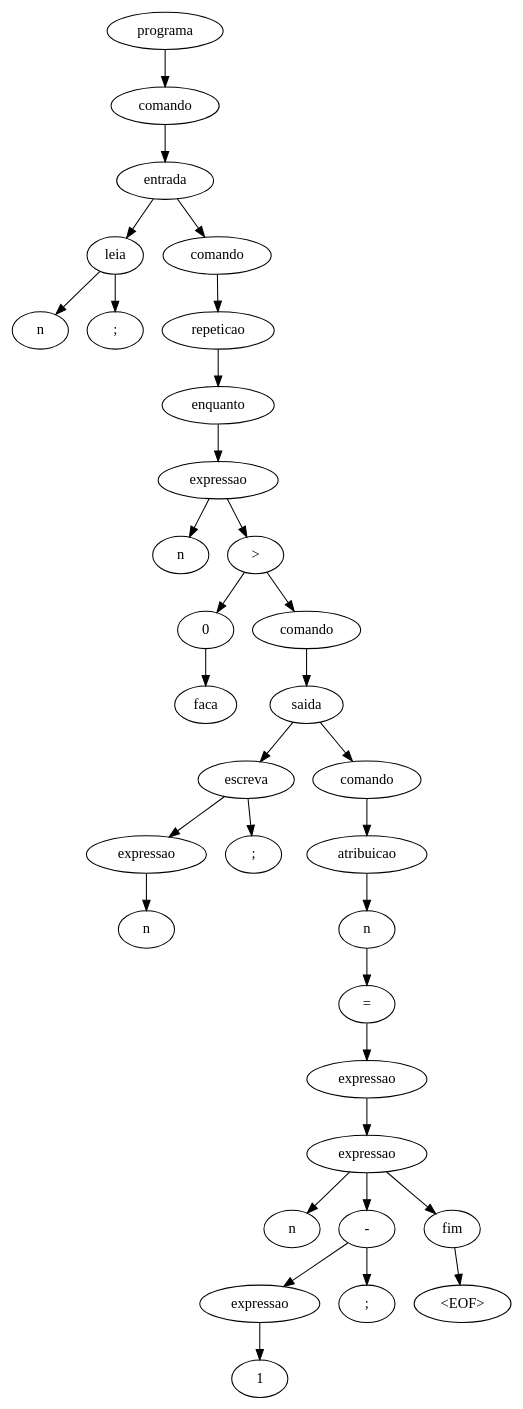
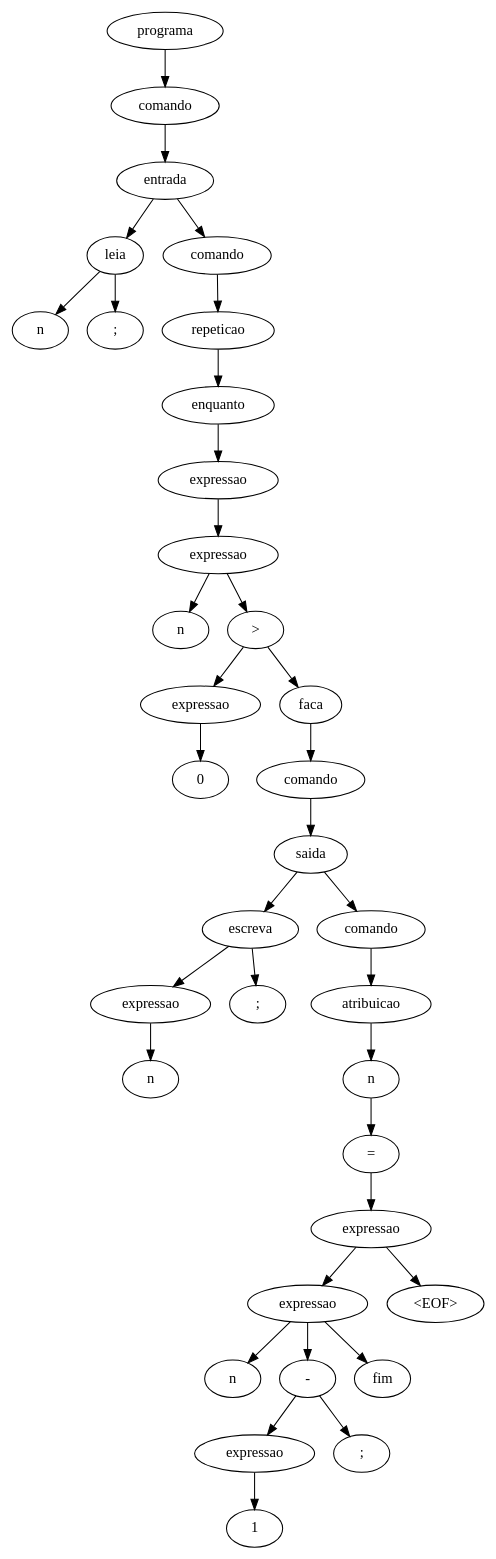
Before and after one commit to Namem/compiladores: the diagram in compilador/ast.dot, drawn with Graphviz. The commit also changed 7 other files, not shown here.

```diff
--- a/compilador/ast.dot
+++ b/compilador/ast.dot
@@ -1,67 +1,71 @@
 digraph G {
 n0 [label="programa"];
 n1 [label="comando"];
 n0 -> n1;
 n2 [label="entrada"];
 n1 -> n2;
 n3 [label="leia"];
 n2 -> n3;
 n4 [label="n"];
 n3 -> n4;
 n5 [label=";"];
 n3 -> n5;
 n6 [label="comando"];
 n2 -> n6;
 n7 [label="repeticao"];
 n6 -> n7;
 n8 [label="enquanto"];
 n7 -> n8;
 n9 [label="expressao"];
 n8 -> n9;
-n10 [label="n"];
+n10 [label="expressao"];
 n9 -> n10;
-n11 [label=">"];
-n9 -> n11;
-n12 [label="0"];
-n11 -> n12;
-n13 [label="faca"];
+n11 [label="n"];
+n10 -> n11;
+n12 [label=">"];
+n10 -> n12;
+n13 [label="expressao"];
 n12 -> n13;
-n14 [label="comando"];
-n11 -> n14;
-n15 [label="saida"];
-n14 -> n15;
-n16 [label="escreva"];
+n14 [label="0"];
+n13 -> n14;
+n15 [label="faca"];
+n12 -> n15;
+n16 [label="comando"];
 n15 -> n16;
-n17 [label="expressao"];
+n17 [label="saida"];
 n16 -> n17;
-n18 [label="n"];
+n18 [label="escreva"];
 n17 -> n18;
-n19 [label=";"];
-n16 -> n19;
-n20 [label="comando"];
-n15 -> n20;
-n21 [label="atribuicao"];
-n20 -> n21;
-n22 [label="n"];
-n21 -> n22;
-n23 [label="="];
+n19 [label="expressao"];
+n18 -> n19;
+n20 [label="n"];
+n19 -> n20;
+n21 [label=";"];
+n18 -> n21;
+n22 [label="comando"];
+n17 -> n22;
+n23 [label="atribuicao"];
 n22 -> n23;
-n24 [label="expressao"];
+n24 [label="n"];
 n23 -> n24;
-n25 [label="expressao"];
+n25 [label="="];
 n24 -> n25;
-n26 [label="n"];
+n26 [label="expressao"];
 n25 -> n26;
-n27 [label="-"];
-n25 -> n27;
-n28 [label="expressao"];
+n27 [label="expressao"];
+n26 -> n27;
+n28 [label="n"];
 n27 -> n28;
-n29 [label="1"];
-n28 -> n29;
-n30 [label=";"];
-n27 -> n30;
-n31 [label="fim"];
-n25 -> n31;
-n32 [label="<EOF>"];
-n31 -> n32;
+n29 [label="-"];
+n27 -> n29;
+n30 [label="expressao"];
+n29 -> n30;
+n31 [label="1"];
+n30 -> n31;
+n32 [label=";"];
+n29 -> n32;
+n33 [label="fim"];
+n27 -> n33;
+n34 [label="<EOF>"];
+n26 -> n34;
 }
```
